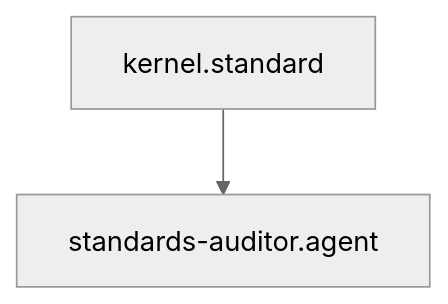
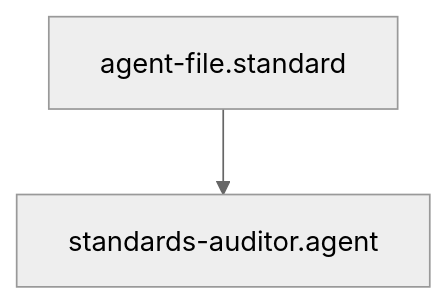
The diagram in agents/standards-auditor.agent.md (Gizmo4Life/ai-kernel), drawn with Mermaid (neutral theme) before and after one commit. The commit also changed other lines of this file and 89 other files, not shown here.

````diff
--- a/agents/standards-auditor.agent.md
+++ b/agents/standards-auditor.agent.md
@@ -23,4 +23,4 @@
 ```mermaid
 graph TD
-    kernel.standard --> standards-auditor.agent
+    agent-file.standard --> standards-auditor.agent
 ```
````
